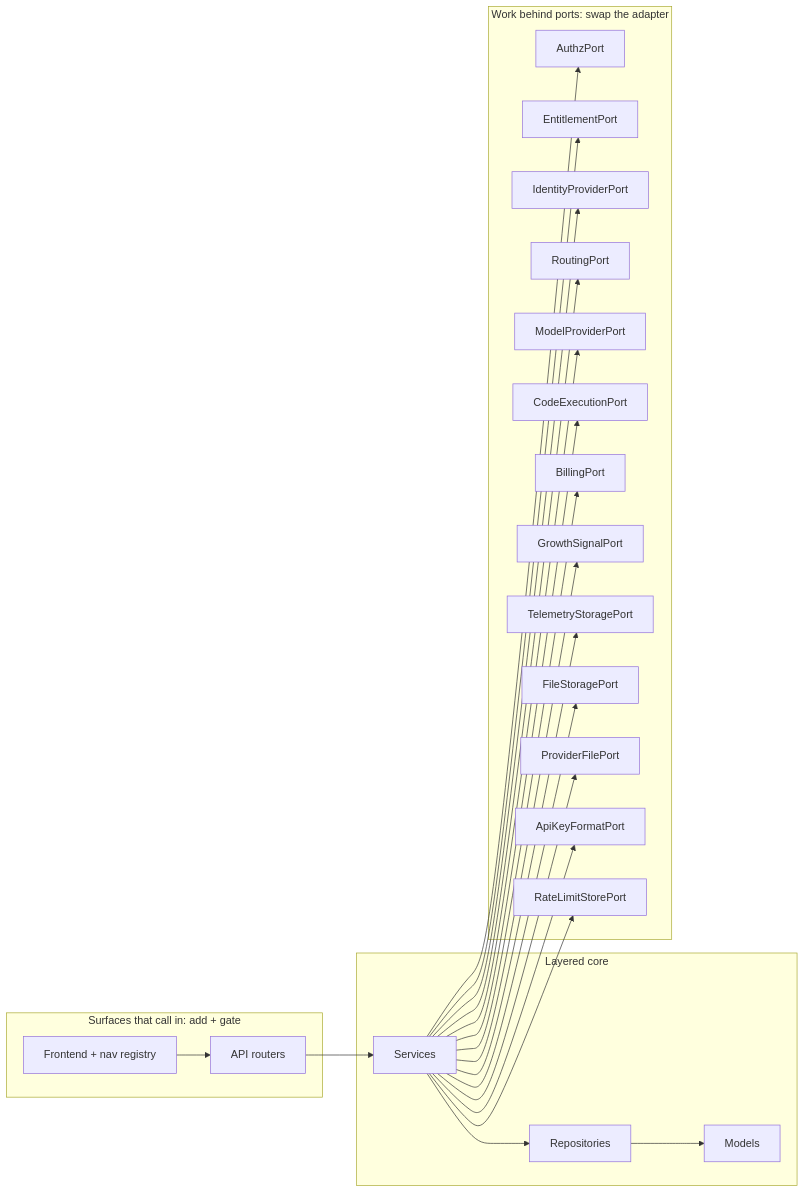
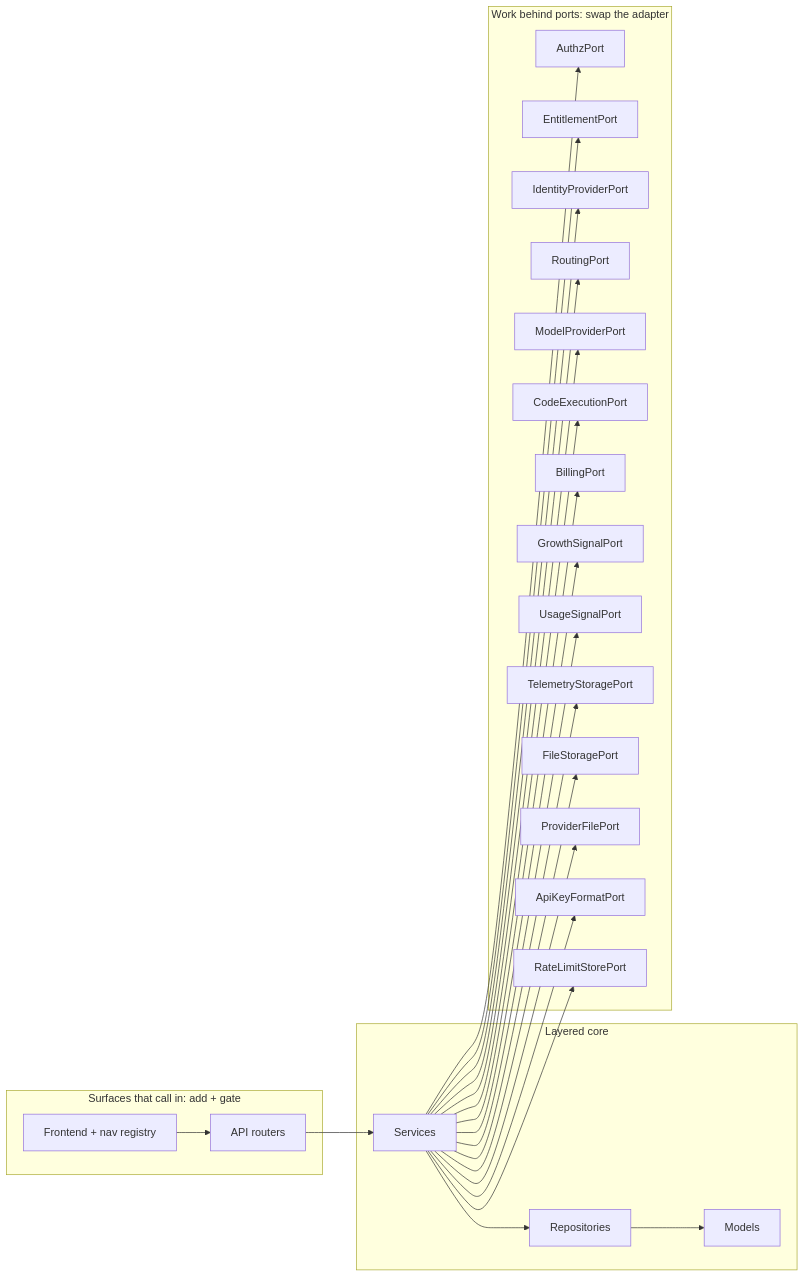
The second of 2 diagrams in ARCHITECTURE.md (mozilla-ai/otari), drawn with Mermaid before and after one commit. The commit also changed other lines of this file and 10 other files, not shown here.

````diff
--- a/ARCHITECTURE.md
+++ b/ARCHITECTURE.md
@@ -130,41 +131,43 @@
 ```mermaid
 flowchart LR
     subgraph driving["Surfaces that call in: add + gate"]
         UI["Frontend + nav registry"]
         API["API routers"]
     end
     subgraph core["Layered core"]
         SVC[Services]
         REPO[Repositories]
         MOD[Models]
     end
     subgraph driven["Work behind ports: swap the adapter"]
         AP[AuthzPort]
         EP[EntitlementPort]
         IP[IdentityProviderPort]
         RP[RoutingPort]
         MP[ModelProviderPort]
         CP[CodeExecutionPort]
         BP[BillingPort]
         GP[GrowthSignalPort]
+        US[UsageSignalPort]
         TP[TelemetryStoragePort]
         FP[FileStoragePort]
         PF[ProviderFilePort]
         KP[ApiKeyFormatPort]
         RL[RateLimitStorePort]
     end
     UI --> API --> SVC --> REPO --> MOD
     SVC --> AP
     SVC --> EP
     SVC --> IP
     SVC --> RP
     SVC --> MP
     SVC --> CP
     SVC --> BP
     SVC --> GP
+    SVC --> US
     SVC --> TP
     SVC --> FP
     SVC --> PF
     SVC --> KP
     SVC --> RL
 ```
````
